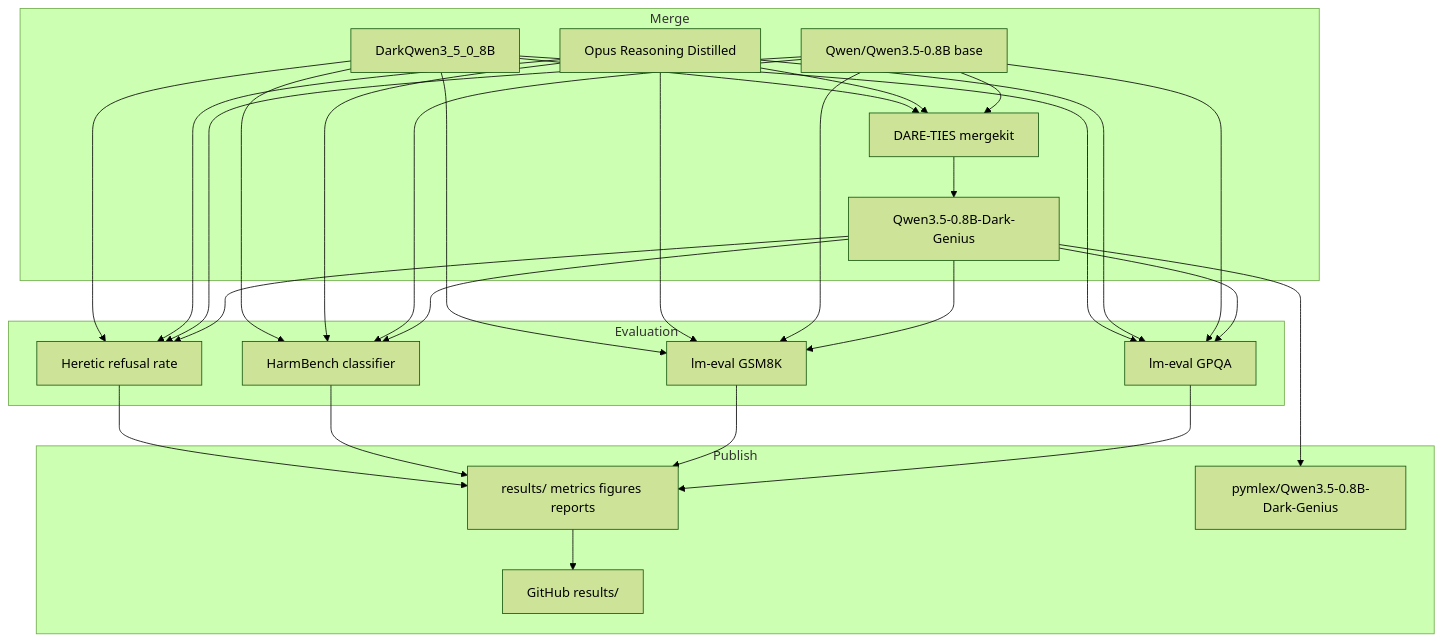
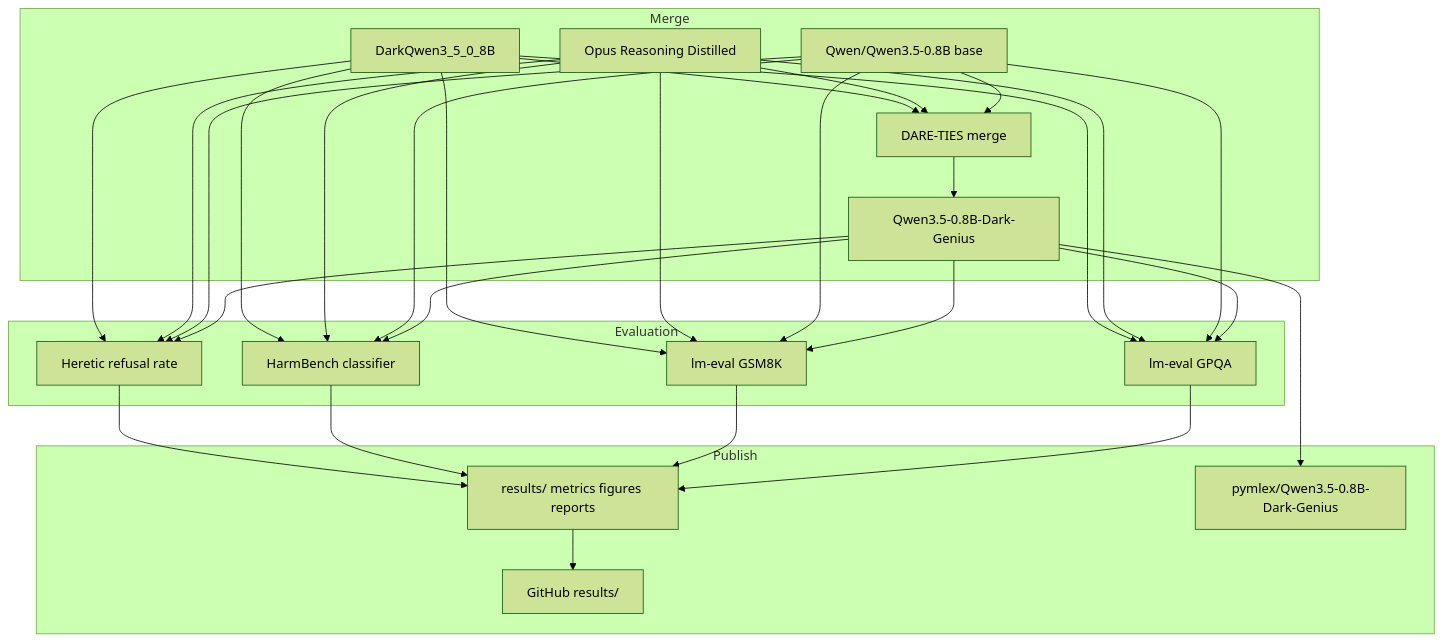
One commit to pymlex/Qwen3.5-0.8B-Dark-Genius changed the diagram in README.md. Above: the diagram before and after it, drawn with Mermaid (forest theme). The commit also changed other lines of this file and 6 other files, not shown here.

Commit message:
Replace mergekit with native DARE-TIES merge for Qwen3.5 compatibility.

````diff
--- a/README.md
+++ b/README.md
@@ -18,40 +18,40 @@
 ```mermaid
 flowchart TB
     subgraph merge_stage["Merge"]
         B["Qwen/Qwen3.5-0.8B base"]
         R["Opus Reasoning Distilled"]
         D["DarkQwen3_5_0_8B"]
-        M["DARE-TIES mergekit"]
+        M["DARE-TIES merge"]
         G["Qwen3.5-0.8B-Dark-Genius"]
         B --> M
         R --> M
         D --> M
         M --> G
     end
     subgraph eval_stage["Evaluation"]
         G --> E1["lm-eval GPQA"]
         G --> E2["lm-eval GSM8K"]
         G --> E3["HarmBench classifier"]
         G --> E4["Heretic refusal rate"]
         B --> E1
         B --> E2
         B --> E3
         B --> E4
         R --> E1
         R --> E2
         R --> E3
         R --> E4
         D --> E1
         D --> E2
         D --> E3
         D --> E4
     end
     subgraph publish_stage["Publish"]
         E1 --> P["results/ metrics figures reports"]
         E2 --> P
         E3 --> P
         E4 --> P
         G --> HF["pymlex/Qwen3.5-0.8B-Dark-Genius"]
         P --> GH["GitHub results/"]
     end
 ```
````
